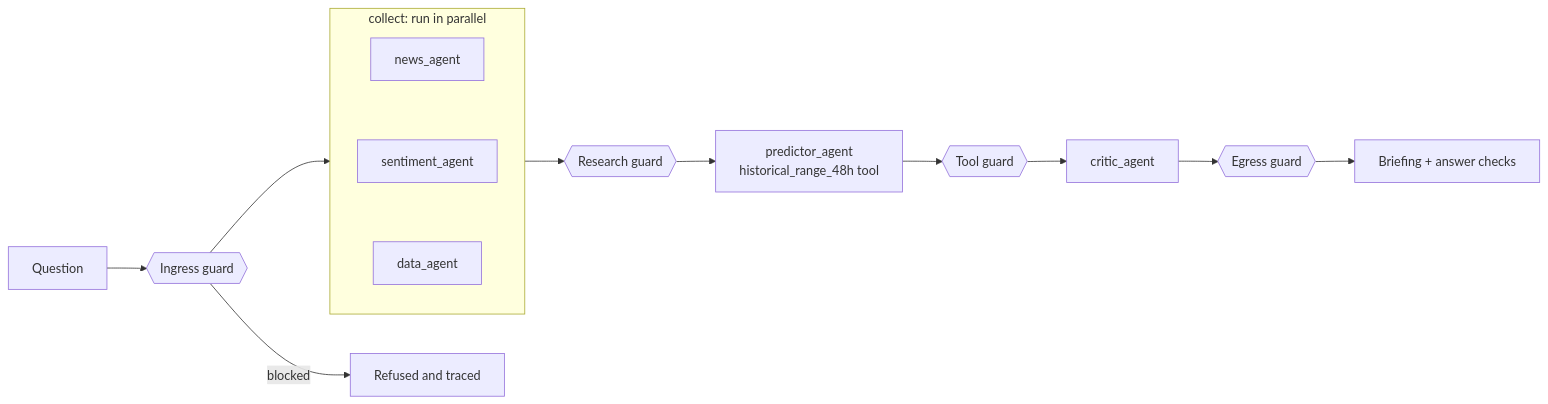
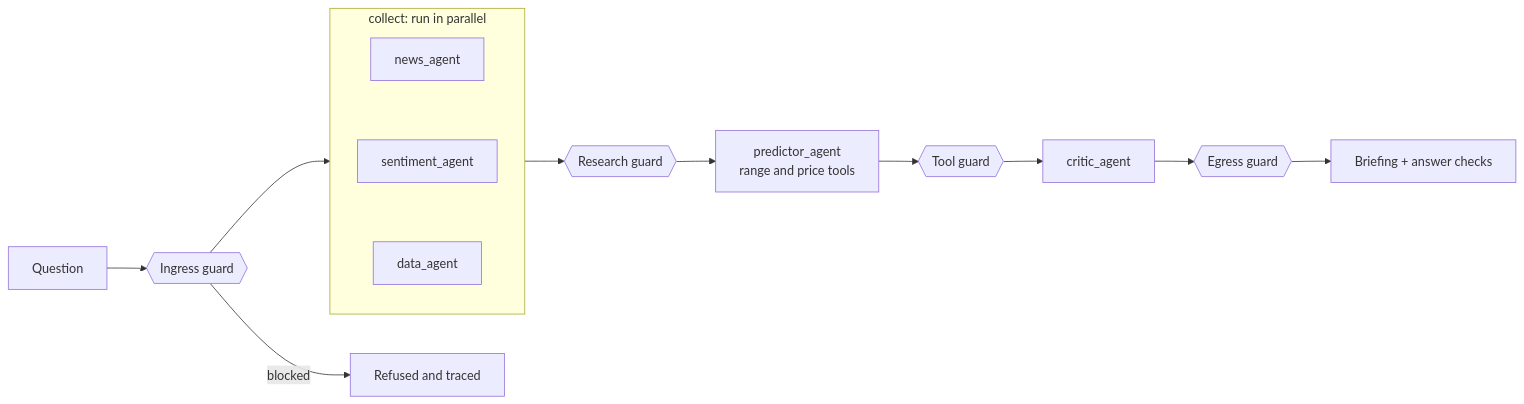
The second of 4 diagrams in README.md (nasirtrekker/hormuz-pulse-ai-agent), drawn with Mermaid before and after one commit. The commit also changed other lines of this file, not shown here.

````diff
--- a/README.md
+++ b/README.md
@@ -95,10 +95,10 @@
 ```mermaid
 flowchart LR
     Q[Question] --> I{{Ingress guard}}
     I -->|blocked| X[Refused and traced]
     I --> P
     subgraph P[collect: run in parallel]
         N[news_agent] ~~~ S[sentiment_agent] ~~~ D[data_agent]
     end
-    P --> R{{Research guard}} --> PR[predictor_agent<br/>historical_range_48h tool] --> T{{Tool guard}} --> C[critic_agent] --> E{{Egress guard}} --> A[Briefing + answer checks]
+    P --> R{{Research guard}} --> PR[predictor_agent<br/>range and price tools] --> T{{Tool guard}} --> C[critic_agent] --> E{{Egress guard}} --> A[Briefing + answer checks]
 ```
````
